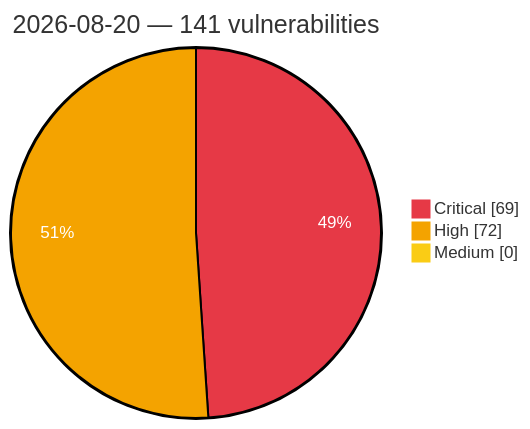
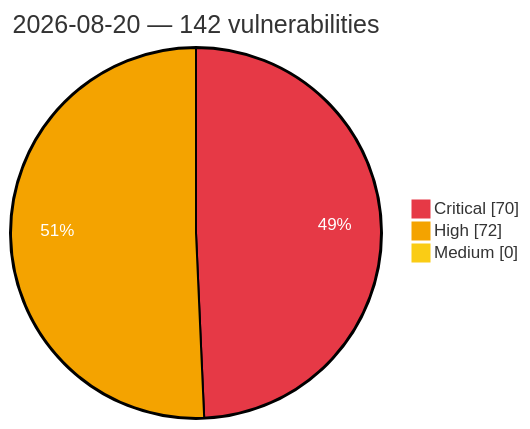
One commit to GhostX0X/vuln-tracker changed the diagram in vulnerabilities/2026/August/2026-08-20.md. Above: the diagram before and after it, drawn with Mermaid. The commit also changed other lines of this file and 8 other files, not shown here.

````diff
--- a/vulnerabilities/2026/August/2026-08-20.md
+++ b/vulnerabilities/2026/August/2026-08-20.md
@@ -3,8 +3,8 @@
 ```mermaid
 %%{init: {'theme':'base', 'themeVariables': {'pie1':'#e63946', 'pie2':'#f4a300', 'pie3':'#facc15', 'pieOpacity':'1', 'pieOuterStrokeWidth':'2px', 'pieSectionTextColor':'#ffffff'}}}%%
 pie showData
-    title 2026-08-20 — 141 vulnerabilities
-    "Critical" : 69
+    title 2026-08-20 — 142 vulnerabilities
+    "Critical" : 70
     "High" : 72
     "Medium" : 0
 ```
````
